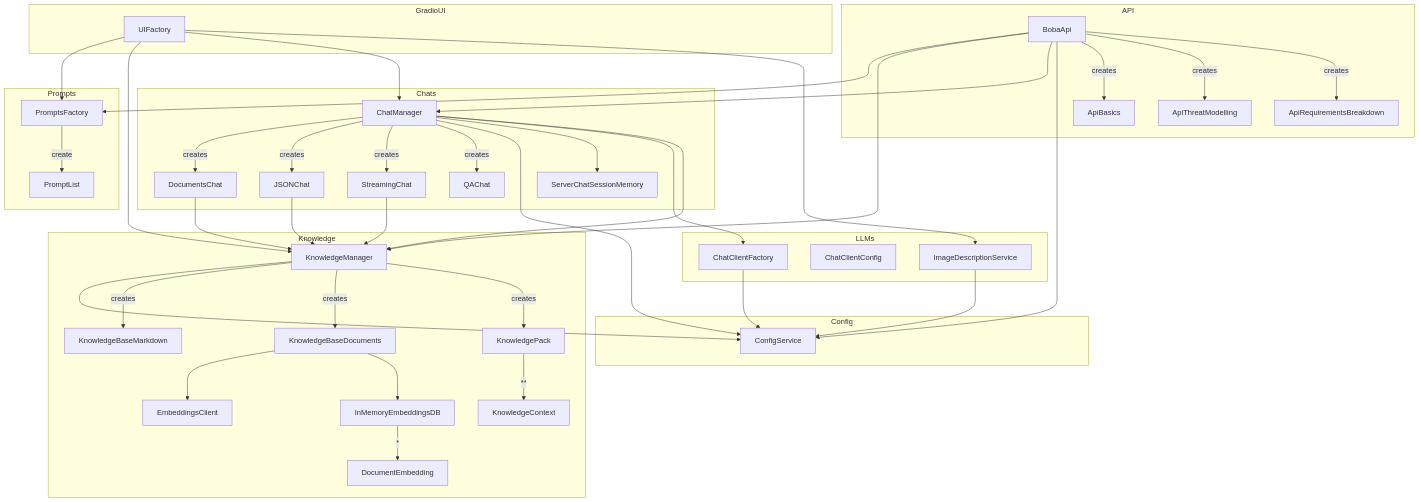
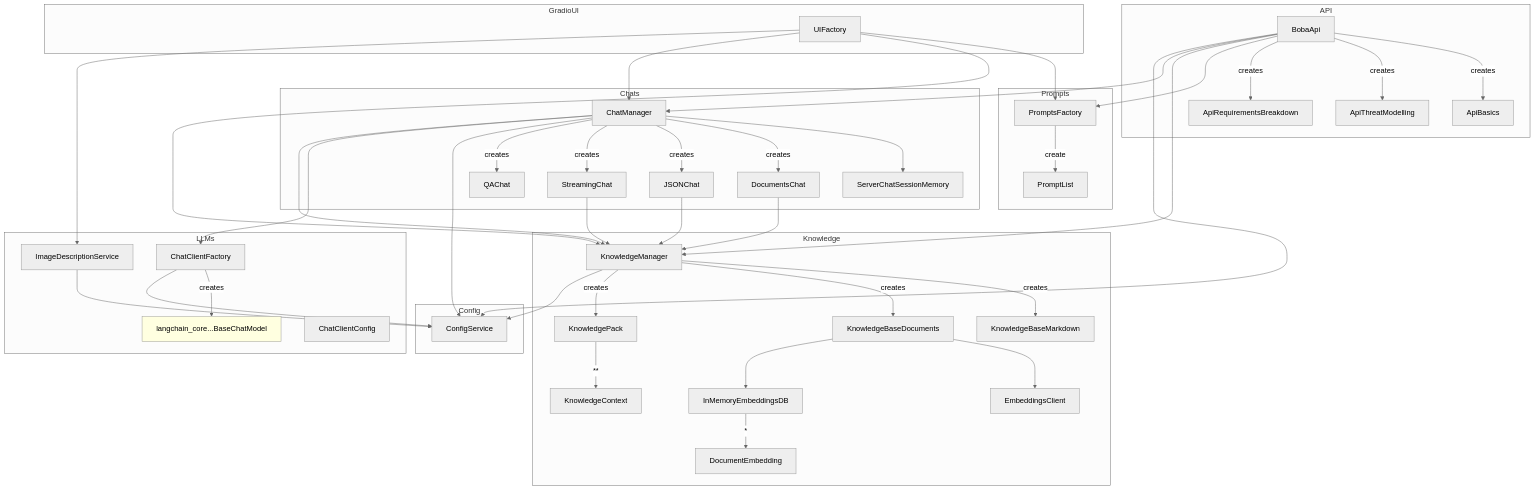
Before and after one commit to tw-haiven/haiven: the diagram in docs/design.md, drawn with Mermaid.

Commit message:
docs: Update overview diagram

````diff
--- a/docs/design.md
+++ b/docs/design.md
@@ -6,69 +6,78 @@
 ```mermaid
+%%{init: {'theme': 'neutral' } }%%
 
 graph TD;
 
     subgraph Config
         ConfigService
     end
+
+    subgraph LLMs
+        ChatClientFactory --> |creates| BaseChatModel[langchain_core...BaseChatModel]
+        style BaseChatModel fill:lightyellow
+        ChatClientConfig
+        ImageDescriptionService
+    end
+
+    ChatClientFactory --> ConfigService
+
     
     subgraph Knowledge
-        KnowledgeManager --> ConfigService
+        KnowledgeManager
         KnowledgeManager --> |creates| KnowledgeBaseMarkdown
         KnowledgeManager --> |creates| KnowledgeBaseDocuments
         KnowledgeManager --> |creates| KnowledgePack
         KnowledgeBaseDocuments --> EmbeddingsClient
         KnowledgeBaseDocuments --> InMemoryEmbeddingsDB
         InMemoryEmbeddingsDB --> |*| DocumentEmbedding
         KnowledgePack -->|**| KnowledgeContext
     end
 
+    KnowledgeManager --> ConfigService
+
     subgraph Prompts
         PromptsFactory --> |create| PromptList
     end
 
-    subgraph LLMs
-        ChatClientFactory
-        ChatClientConfig
-        ImageDescriptionService
-    end
-
     subgraph Chats
-        ChatClientFactory --> ConfigService
-
+        ChatManager
+        ChatManager --> ServerChatSessionMemory
+        
         ChatManager --> |creates| DocumentsChat
         ChatManager --> |creates| JSONChat
         ChatManager --> |creates| StreamingChat
         ChatManager --> |creates| QAChat
-
-        ChatManager --> ConfigService
-        ChatManager --> ServerChatSessionMemory
-        ChatManager --> ChatClientFactory
-        ChatManager --> KnowledgeManager
-        
-
-        DocumentsChat --> KnowledgeManager
-        StreamingChat --> KnowledgeManager
-        JSONChat --> KnowledgeManager
-        QAChat
     end
 
+    ChatManager --> ConfigService
+    ChatManager --> ChatClientFactory
+    ChatManager --> KnowledgeManager
+
+    DocumentsChat --> KnowledgeManager
+    StreamingChat --> KnowledgeManager
+    JSONChat --> KnowledgeManager
+
     subgraph API
-        BobaApi --> PromptsFactory
-        BobaApi --> KnowledgeManager
-        BobaApi --> ChatManager
-        BobaApi --> ConfigService
+        BobaApi
         BobaApi --> |creates| ApiBasics
         BobaApi --> |creates| ApiThreatModelling
         BobaApi --> |creates| ApiRequirementsBreakdown
     end
 
+    BobaApi --> PromptsFactory
+    BobaApi --> KnowledgeManager
+    BobaApi --> ChatManager
+    BobaApi --> ConfigService
+
     subgraph GradioUI
-        UIFactory --> PromptsFactory
-        UIFactory --> KnowledgeManager
-        UIFactory --> ChatManager
+        UIFactory
     end
+
+    UIFactory --> PromptsFactory
+    UIFactory --> KnowledgeManager
+    UIFactory --> ChatManager
     
     UIFactory --> ImageDescriptionService
     ImageDescriptionService --> ConfigService
     
 ```
````
